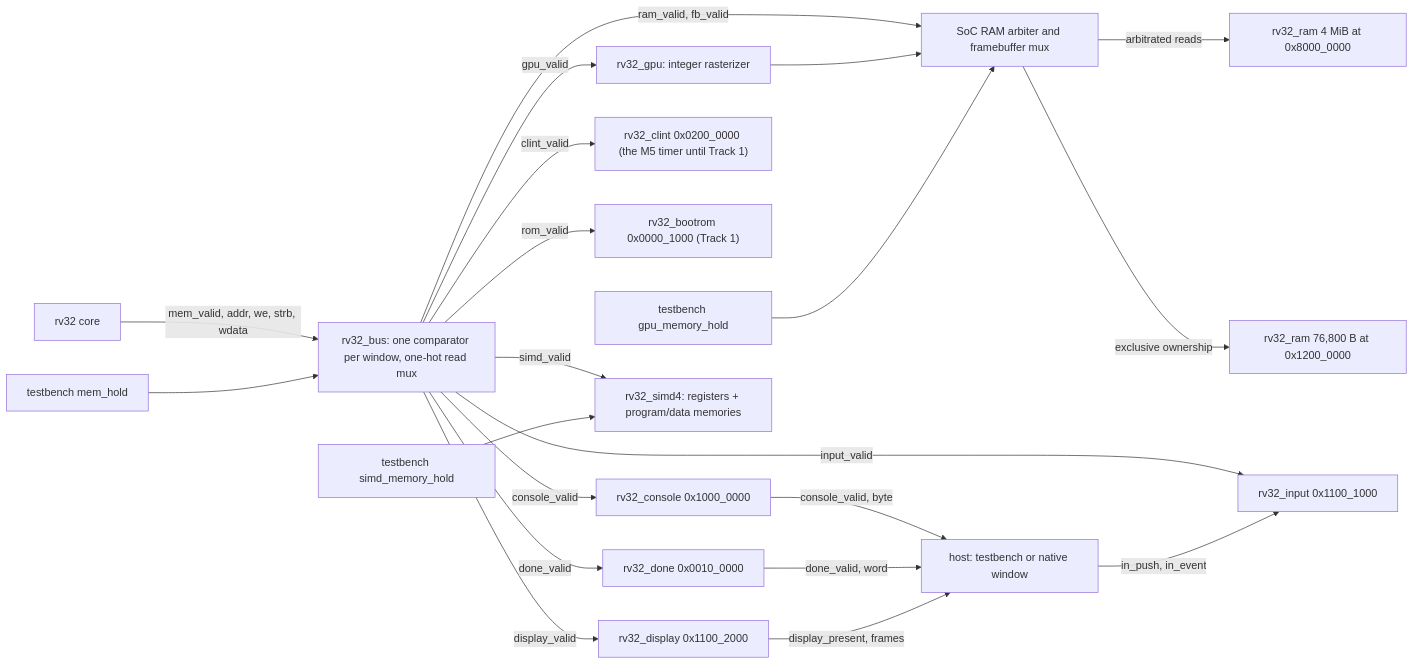
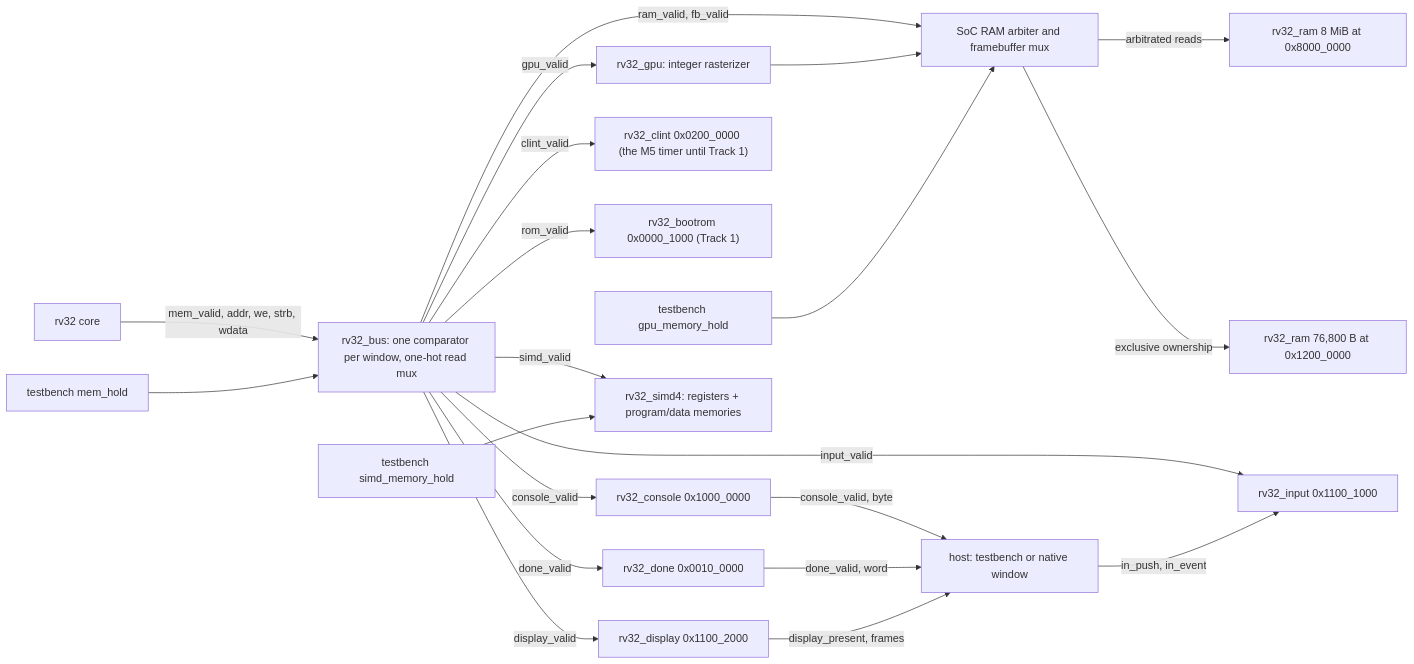
The diagram in docs/rv32-soc.md (ahmad-luqman/tiny-processors), drawn with Mermaid before and after one commit. The commit also changed other lines of this file and 85 other files, not shown here.

````diff
--- a/docs/rv32-soc.md
+++ b/docs/rv32-soc.md
@@ -18,23 +18,23 @@
 ```mermaid
 flowchart LR
     CORE["rv32 core"] -->|"mem_valid, addr, we, strb, wdata"| BUS["rv32_bus: one comparator per window, one-hot read mux"]
     HOLD["testbench mem_hold"] --> BUS
     BUS -->|"ram_valid, fb_valid"| MUX
     BUS -->|console_valid| CON["rv32_console 0x1000_0000"]
     BUS -->|done_valid| DONE["rv32_done 0x0010_0000"]
     BUS -->|clint_valid| TIMER["rv32_clint 0x0200_0000 (the M5 timer until Track 1)"]
     BUS -->|rom_valid| ROM["rv32_bootrom 0x0000_1000 (Track 1)"]
     BUS -->|input_valid| IN["rv32_input 0x1100_1000"]
     BUS -->|display_valid| DISP["rv32_display 0x1100_2000"]
     BUS -->|simd_valid| SIMD["rv32_simd4: registers + program/data memories"]
     BUS -->|gpu_valid| GPU["rv32_gpu: integer rasterizer"]
     GPU --> MUX["SoC RAM arbiter and framebuffer mux"]
-    MUX -->|"arbitrated reads"| RAM["rv32_ram 4 MiB at 0x8000_0000"]
+    MUX -->|"arbitrated reads"| RAM["rv32_ram 8 MiB at 0x8000_0000"]
     MUX -->|"exclusive ownership"| FB["rv32_ram 76,800 B at 0x1200_0000"]
     GPU_HOLD["testbench gpu_memory_hold"] --> MUX
     SIMD_HOLD["testbench simd_memory_hold"] --> SIMD
     CON -->|"console_valid, byte"| HOST["host: testbench or native window"]
     DONE -->|"done_valid, word"| HOST
     DISP -->|"display_present, frames"| HOST
     HOST -->|"in_push, in_event"| IN
 ```
````
